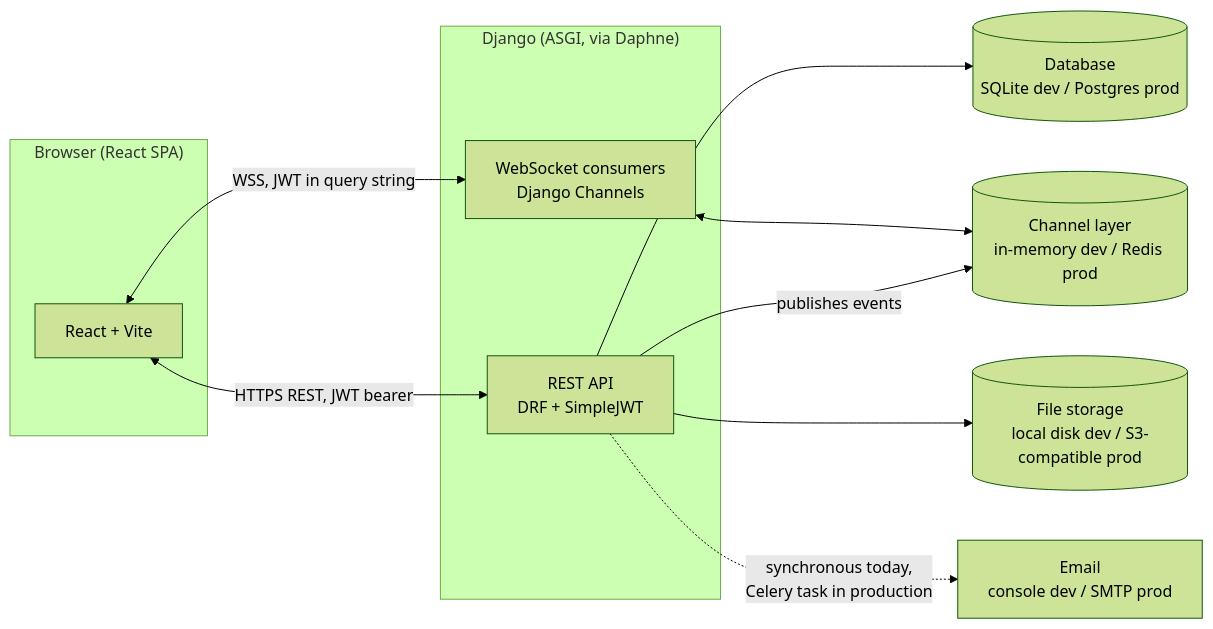
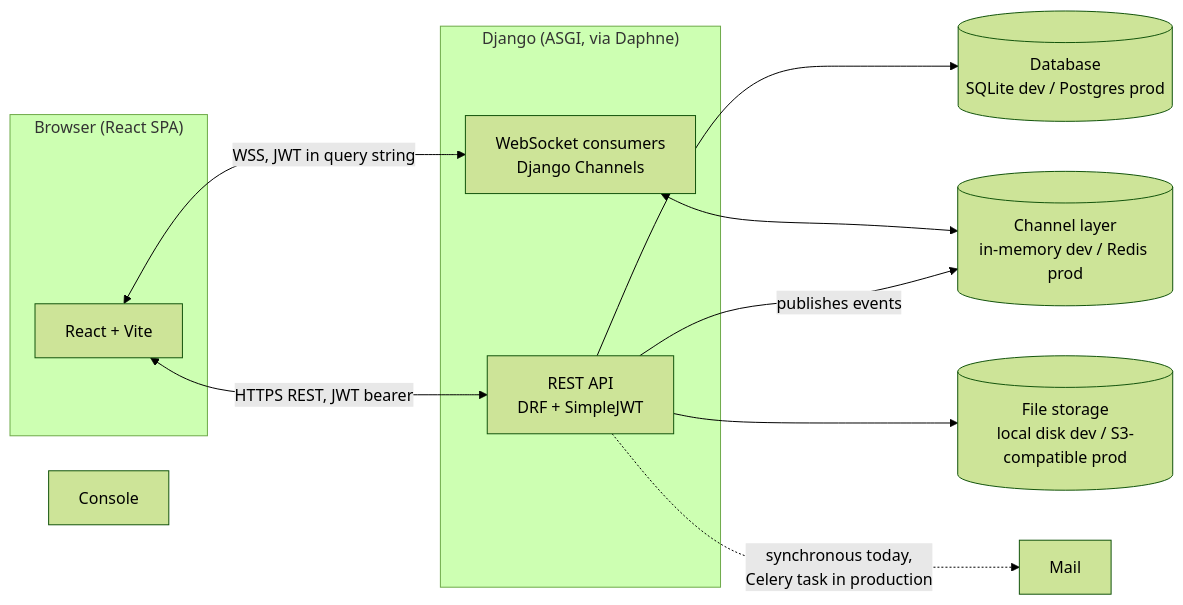
The first of 5 diagrams in README.md (Tri27sen/HelpDesk), drawn with Mermaid (forest theme) before and after one commit.

````diff
--- a/README.md
+++ b/README.md
@@ -41,24 +41,24 @@
 ```mermaid
 flowchart LR
     subgraph Client["Browser (React SPA)"]
         UI[React + Vite]
     end
 
     subgraph Backend["Django (ASGI, via Daphne)"]
         API[REST API<br/>DRF + SimpleJWT]
         WS[WebSocket consumers<br/>Django Channels]
     end
 
     CL[(Channel layer<br/>in-memory dev / Redis prod)]
     DB[(Database<br/>SQLite dev / Postgres prod)]
     Media[(File storage<br/>local disk dev / S3-compatible prod)]
-    Mail[Email<br/>console dev / SMTP prod]
+    Console
 
     UI <-->|HTTPS REST, JWT bearer| API
     UI <-->|WSS, JWT in query string| WS
     API --> DB
     WS <--> CL
     API -->|publishes events| CL
     API --> Media
     API -.->|synchronous today,<br/>Celery task in production| Mail
 ```
````
